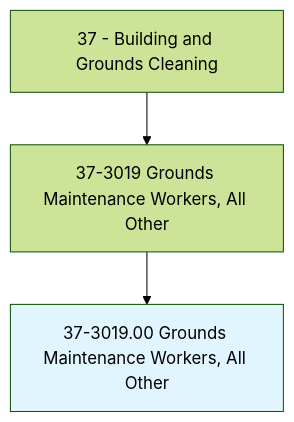
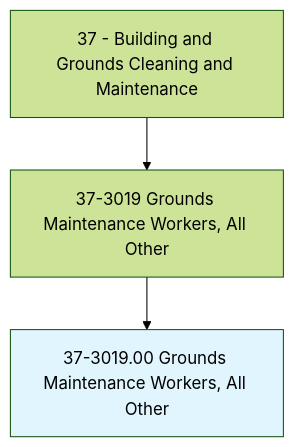
One commit to kziemski/business.org.ai changed the first of 4 diagrams in occupations/Facilities/GroundsMaintenanceWorkers.mdx. Above: the diagram before and after it, drawn with Mermaid (forest theme). The commit also changed other lines of this file and 938 other files, not shown here.

````diff
--- a/occupations/Facilities/GroundsMaintenanceWorkers.mdx
+++ b/occupations/Facilities/GroundsMaintenanceWorkers.mdx
@@ -19,6 +23,6 @@
 ```mermaid
 graph TD
-    Cat37["37 - Building and Grounds Cleaning"] --> Group373019["37-3019 Grounds Maintenance Workers, All Other"]
+    Cat37["37 - Building and Grounds Cleaning and Maintenance"] --> Group373019["37-3019 Grounds Maintenance Workers, All Other"]
     Group373019 --> Current["37-3019.00 Grounds Maintenance Workers, All Other"]
     style Current fill:#e1f5fe
 ```
````
